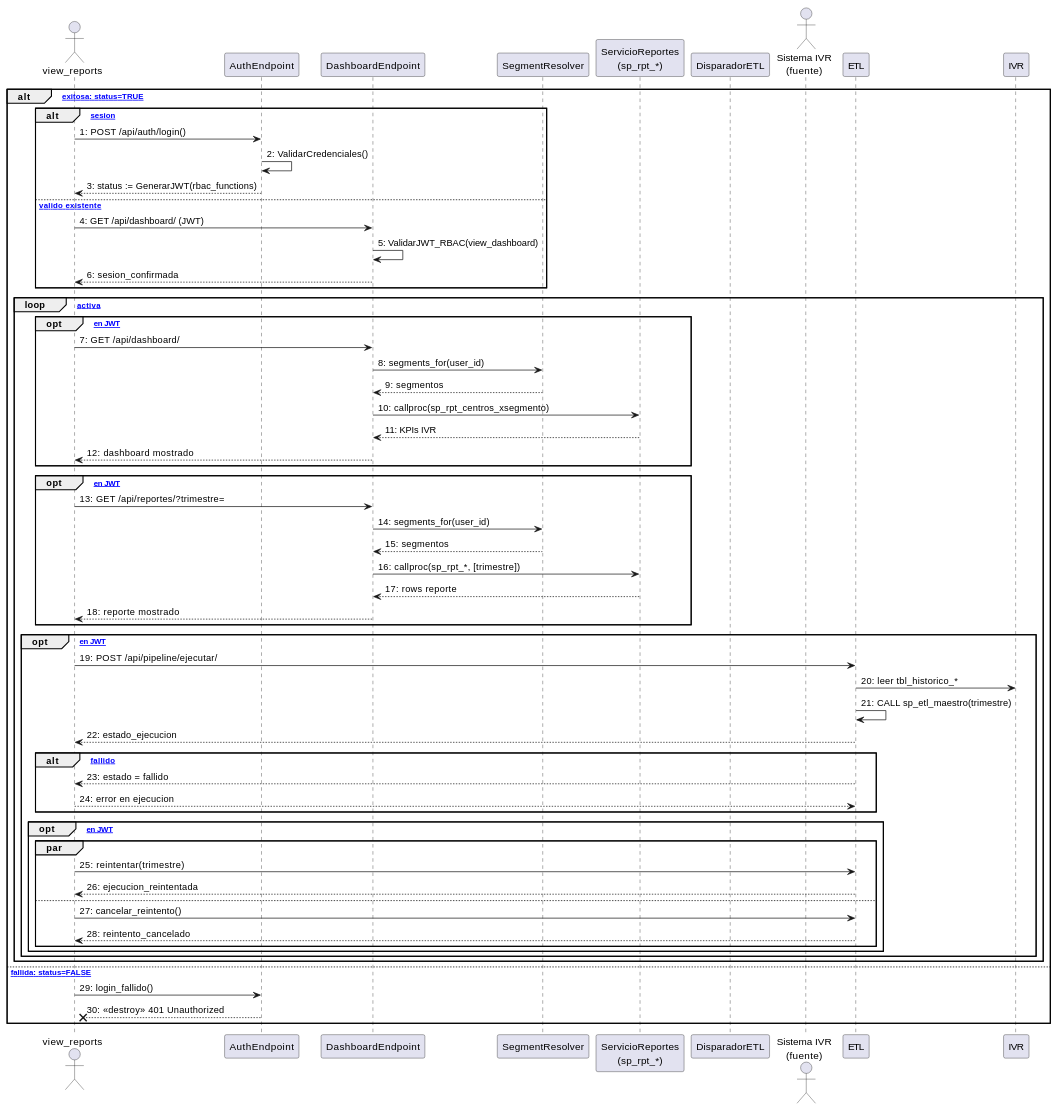
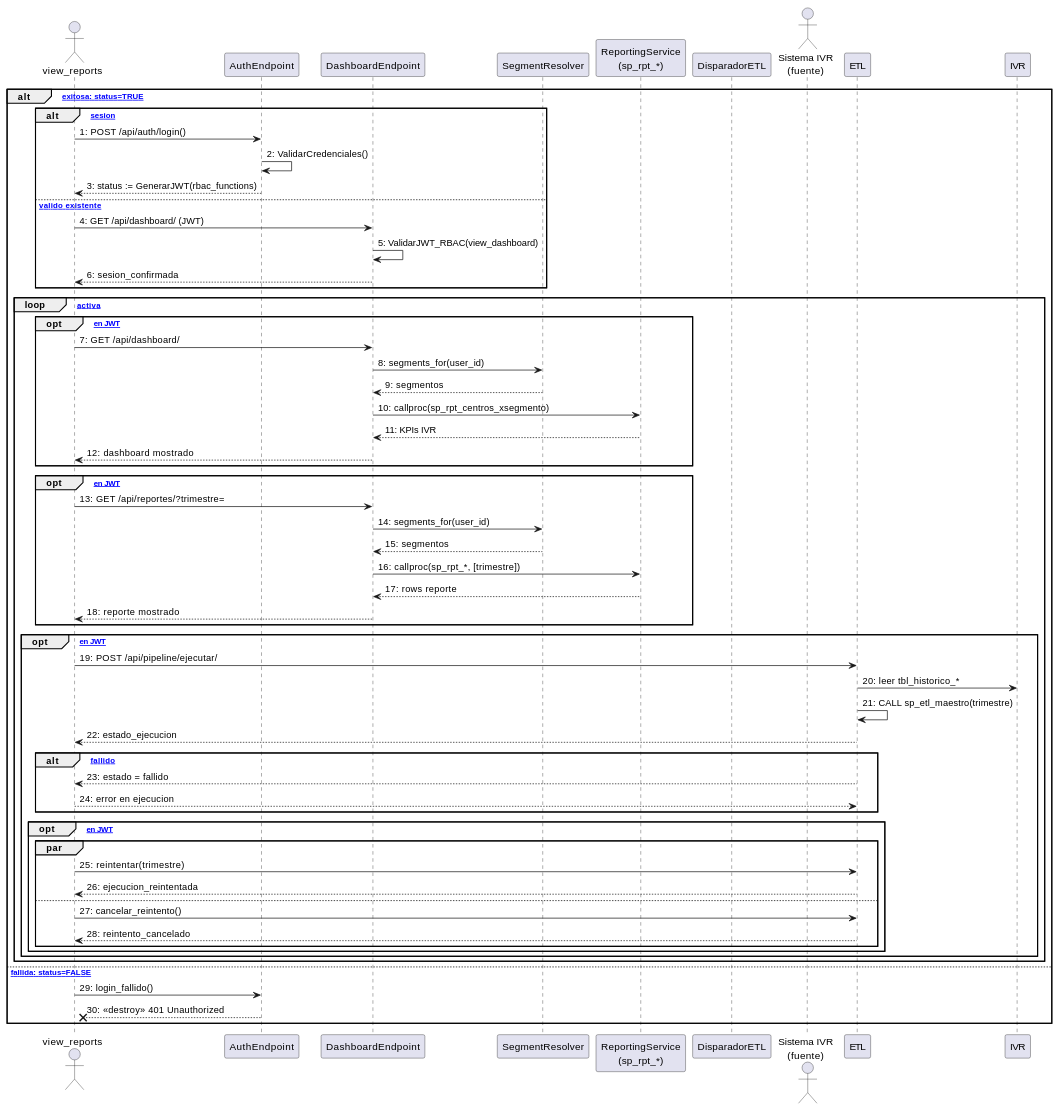
One commit to jcg-admin/IACT-docs changed the diagram in source/arquitectura-tecnica/system-view/secuencia-sistema-iact.rst. Above: the diagram before and after it, drawn with PlantUML. The commit also changed 79 other files, not shown here.

```diff
--- a/source/arquitectura-tecnica/system-view/secuencia-sistema-iact.rst
+++ b/source/arquitectura-tecnica/system-view/secuencia-sistema-iact.rst
@@ -28,75 +28,75 @@
 .. uml::
  :caption: Figura 9 — Diagrama de secuencia del Sistema IACT
 
  @startuml
 
  actor "view_reports" as view_reports
  participant "AuthEndpoint" as AuthEndpoint
  participant "DashboardEndpoint" as DashboardEndpoint
  participant "SegmentResolver" as SegmentResolver
- participant "ServicioReportes\n(sp_rpt_*)" as ServicioReportes
+ participant "ReportingService\n(sp_rpt_*)" as ReportingService
  participant "DisparadorETL" as ProcesoETL
  actor "Sistema IVR\n(fuente)" as SistemaIVR
 
  alt [autenticacion exitosa: status=TRUE]
 
    alt [Nueva sesion]
      view_reports -> AuthEndpoint : 1: POST /api/auth/login()
      AuthEndpoint -> AuthEndpoint : 2: ValidarCredenciales()
      AuthEndpoint --> view_reports : 3: status := GenerarJWT(rbac_functions)
    else [JWT valido existente]
      view_reports -> DashboardEndpoint : 4: GET /api/dashboard/ (JWT)
      DashboardEndpoint -> DashboardEndpoint : 5: ValidarJWT_RBAC(view_dashboard)
      DashboardEndpoint --> view_reports : 6: sesion_confirmada
    end
 
    loop [sesion activa]
 
      opt [view_dashboard en JWT]
        view_reports -> DashboardEndpoint : 7: GET /api/dashboard/
        DashboardEndpoint -> SegmentResolver : 8: segments_for(user_id)
        SegmentResolver --> DashboardEndpoint : 9: segmentos
-       DashboardEndpoint -> ServicioReportes : 10: callproc(sp_rpt_centros_xsegmento)
-       ServicioReportes --> DashboardEndpoint : 11: KPIs IVR
+       DashboardEndpoint -> ReportingService : 10: callproc(sp_rpt_centros_xsegmento)
+       ReportingService --> DashboardEndpoint : 11: KPIs IVR
        DashboardEndpoint --> view_reports : 12: dashboard mostrado
      end
 
      opt [view_reports en JWT]
        view_reports -> DashboardEndpoint : 13: GET /api/reportes/?trimestre=
        DashboardEndpoint -> SegmentResolver : 14: segments_for(user_id)
        SegmentResolver --> DashboardEndpoint : 15: segmentos
-       DashboardEndpoint -> ServicioReportes : 16: callproc(sp_rpt_*, [trimestre])
-       ServicioReportes --> DashboardEndpoint : 17: rows reporte
+       DashboardEndpoint -> ReportingService : 16: callproc(sp_rpt_*, [trimestre])
+       ReportingService --> DashboardEndpoint : 17: rows reporte
        DashboardEndpoint --> view_reports : 18: reporte mostrado
      end
 
      opt [view_pipeline_status en JWT]
        view_reports -> ETL : 19: POST /api/pipeline/ejecutar/
        ETL -> IVR : 20: leer tbl_historico_*
        ETL -> ETL : 21: CALL sp_etl_maestro(trimestre)
        ETL --> view_reports : 22: estado_ejecucion
 
        alt [ETL fallido]
          ETL --> view_reports : 23: estado = fallido
          view_reports --> ETL : 24: error en ejecucion
        end
 
        opt [request_pipeline_retry en JWT]
          par
            view_reports -> ETL : 25: reintentar(trimestre)
            ETL --> view_reports : 26: ejecucion_reintentada
          also
            view_reports -> ETL : 27: cancelar_reintento()
            ETL --> view_reports : 28: reintento_cancelado
          end
        end
      end
 
    end
 
  else [autenticacion fallida: status=FALSE]
    view_reports -> AuthEndpoint : 29: login_fallido()
    AuthEndpoint -->x view_reports : 30: <<destroy>> 401 Unauthorized
  end
 
  @enduml
```
